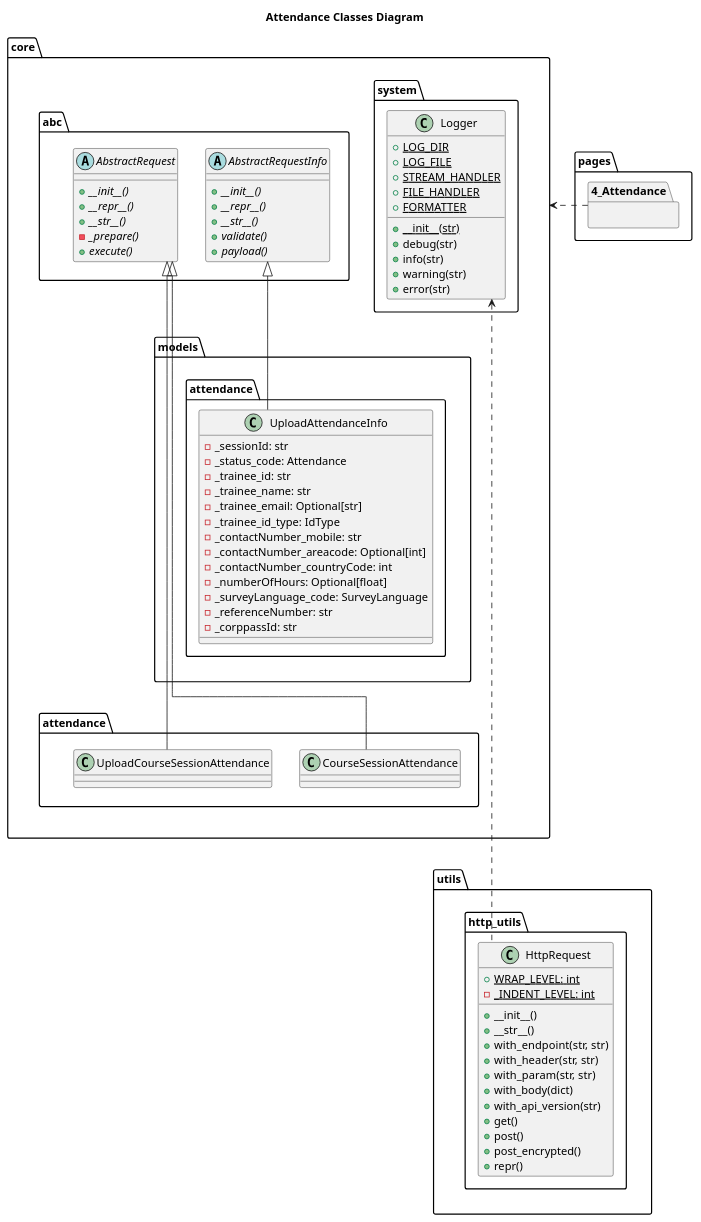
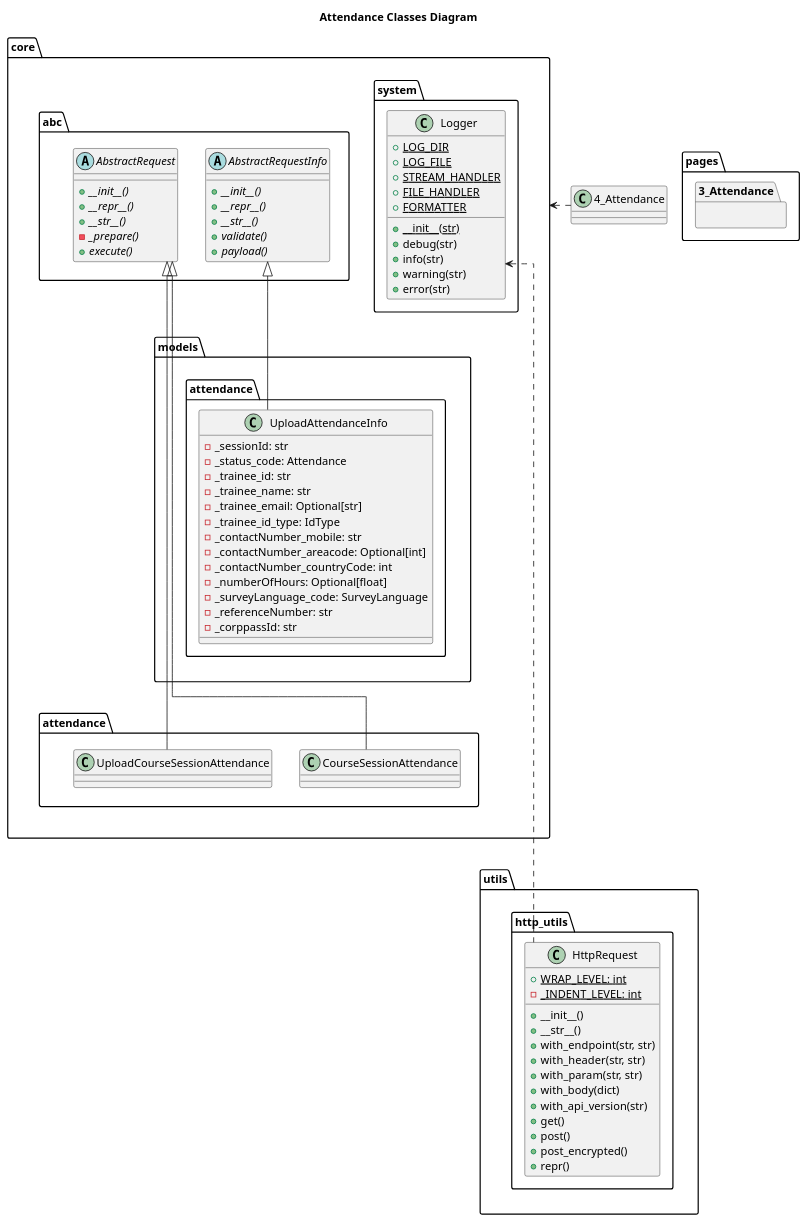
One commit to ssg-wsg/Sample-Codes changed the diagram in SSG-API-Testing-Application-v2/docs/assets/developer-guide/classes/core/AttendanceClassesDiagram.puml. Above: the diagram before and after it, drawn with PlantUML. The commit also changed 57 other files, not shown here.

```diff
--- a/SSG-API-Testing-Application-v2/docs/assets/developer-guide/classes/core/AttendanceClassesDiagram.puml
+++ b/SSG-API-Testing-Application-v2/docs/assets/developer-guide/classes/core/AttendanceClassesDiagram.puml
@@ -1,112 +1,112 @@
 @startuml
 skinparam linetype polyline
 skinparam linetype ortho
 
 title Attendance Classes Diagram
 
 package pages {
-    package 4_Attendance {
+    package 3_Attendance {
 
     }
 }
 
 
 package utils {
     package http_utils {
         class HttpRequest {
             + WRAP_LEVEL: int {static}
             - _INDENT_LEVEL: int {static}
 
             + __init__()
             + __str__()
             + with_endpoint(str, str)
             + with_header(str, str)
             + with_param(str, str)
             + with_body(dict)
             + with_api_version(str)
             + get()
             + post()
             + post_encrypted()
             + repr()
         }
     }
 }
 
 package core {
     package system {
         class Logger {
             + LOG_DIR {static}
             + LOG_FILE {static}
             + STREAM_HANDLER {static}
             + FILE_HANDLER {static}
             + FORMATTER {static}
             + __init__(str) {static}
             + debug(str)
             + info(str)
             + warning(str)
             + error(str)
         }
     }
 
     package abc {
         abstract AbstractRequest {
             + __init__() {abstract}
             + __repr__() {abstract}
             + __str__() {abstract}
             - _prepare() {abstract}
             + execute() {abstract}
         }
 
         abstract AbstractRequestInfo {
             + __init__() {abstract}
             + __repr__() {abstract}
             + __str__() {abstract}
             + validate() {abstract}
             + payload() {abstract}
         }
     }
 
     package attendance {
         class CourseSessionAttendance {
 
         }
 
         class UploadCourseSessionAttendance {
 
         }
 
         CourseSessionAttendance -up--|> AbstractRequest
         UploadCourseSessionAttendance -up|> AbstractRequest
     }
 
     package models {
         package attendance {
             class UploadAttendanceInfo {
                 - _sessionId: str
                 - _status_code: Attendance
                 - _trainee_id: str
                 - _trainee_name: str
                 - _trainee_email: Optional[str]
                 - _trainee_id_type: IdType
                 - _contactNumber_mobile: str
                 - _contactNumber_areacode: Optional[int]
                 - _contactNumber_countryCode: int
                 - _numberOfHours: Optional[float]
                 - _surveyLanguage_code: SurveyLanguage
                 - _referenceNumber: str
                 - _corppassId: str
             }
 
             UploadAttendanceInfo -up-|> AbstractRequestInfo
         }
     }
 
     attendance -up[hidden]-> abc
     models -up[hidden]-> abc
 }
 
 HttpRequest .up..> Logger
 4_Attendance ..right> core
 
 core --[hidden]--> utils
 @enduml
```
